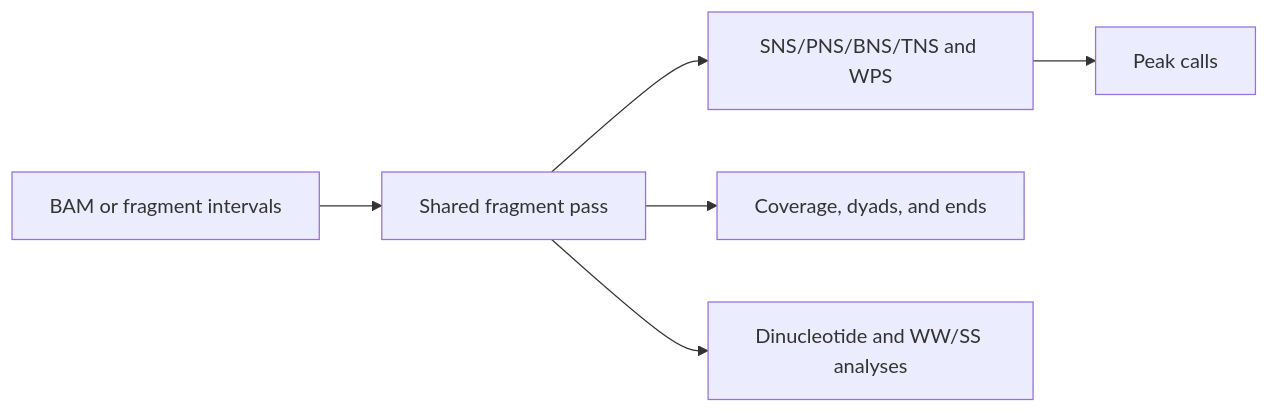
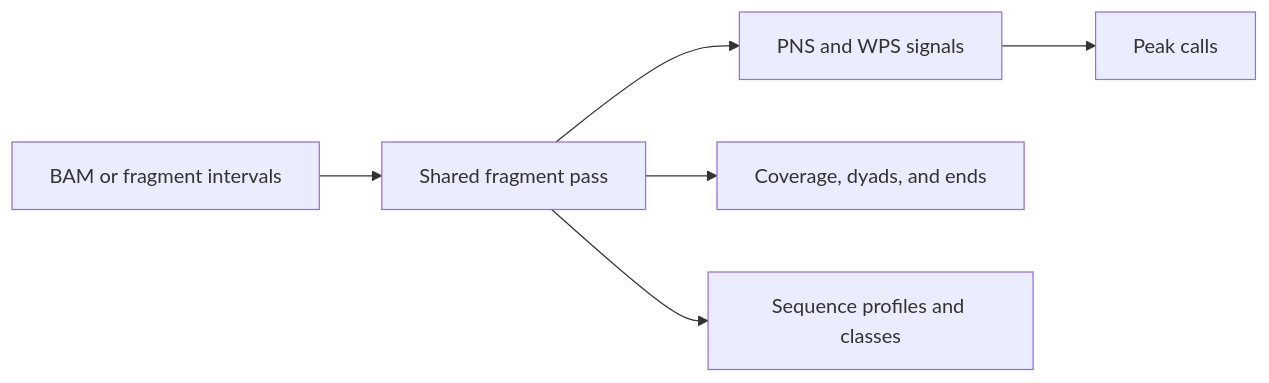
The diagram in docs/commands/tracks.md (adjohnston85/NucleoSuite), drawn with Mermaid before and after one commit. The commit also changed other lines of this file and 71 other files, not shown here.

````diff
--- a/docs/commands/tracks.md
+++ b/docs/commands/tracks.md
@@ -11,8 +13,8 @@
 ```mermaid
 flowchart LR
     A[BAM or fragment intervals] --> B[Shared fragment pass]
-    B --> C[SNS/PNS/BNS/TNS and WPS]
+    B --> C[PNS and WPS signals]
     B --> D[Coverage, dyads, and ends]
-    B --> E[Dinucleotide and WW/SS analyses]
+    B --> E[Sequence profiles and classes]
     C --> F[Peak calls]
 ```
````
